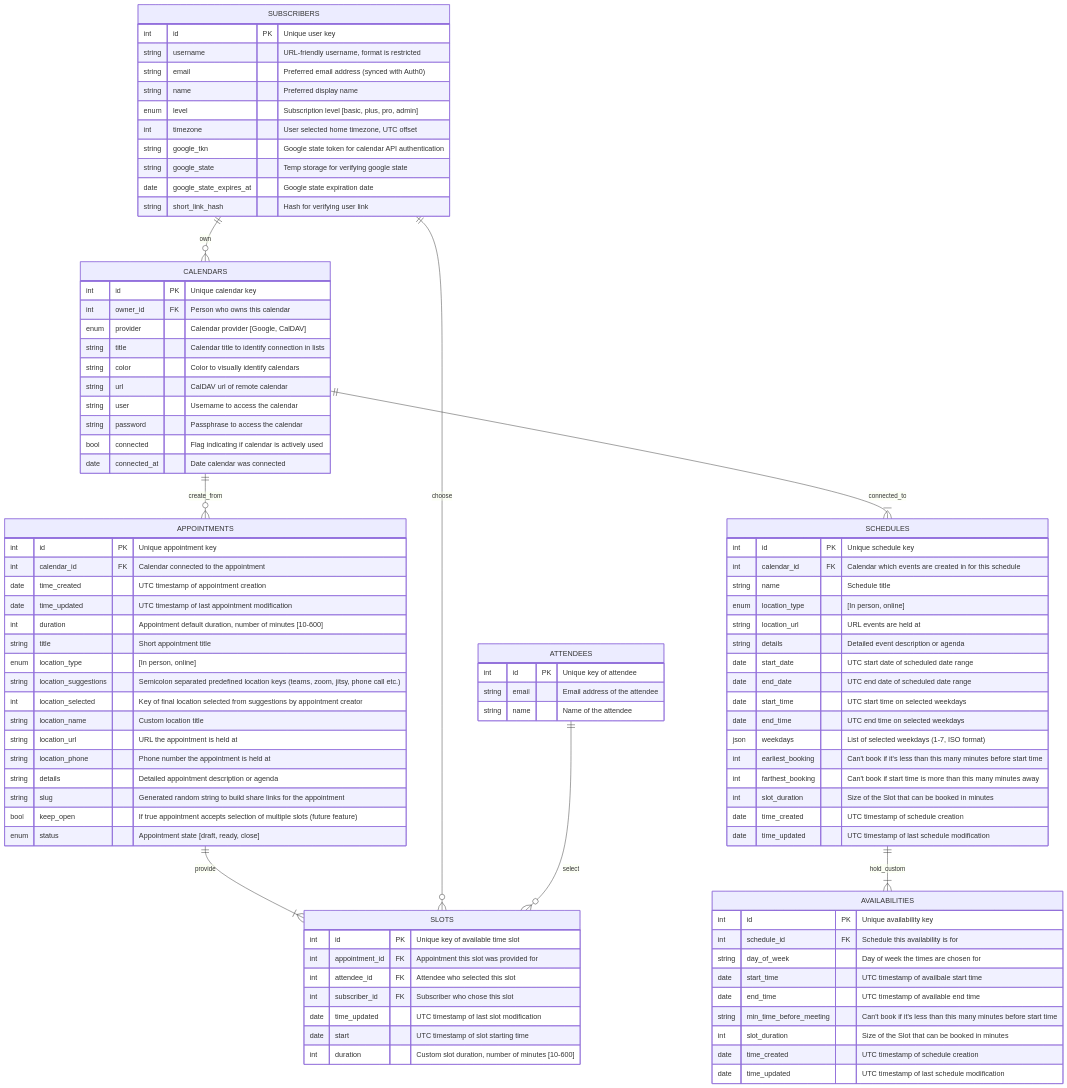
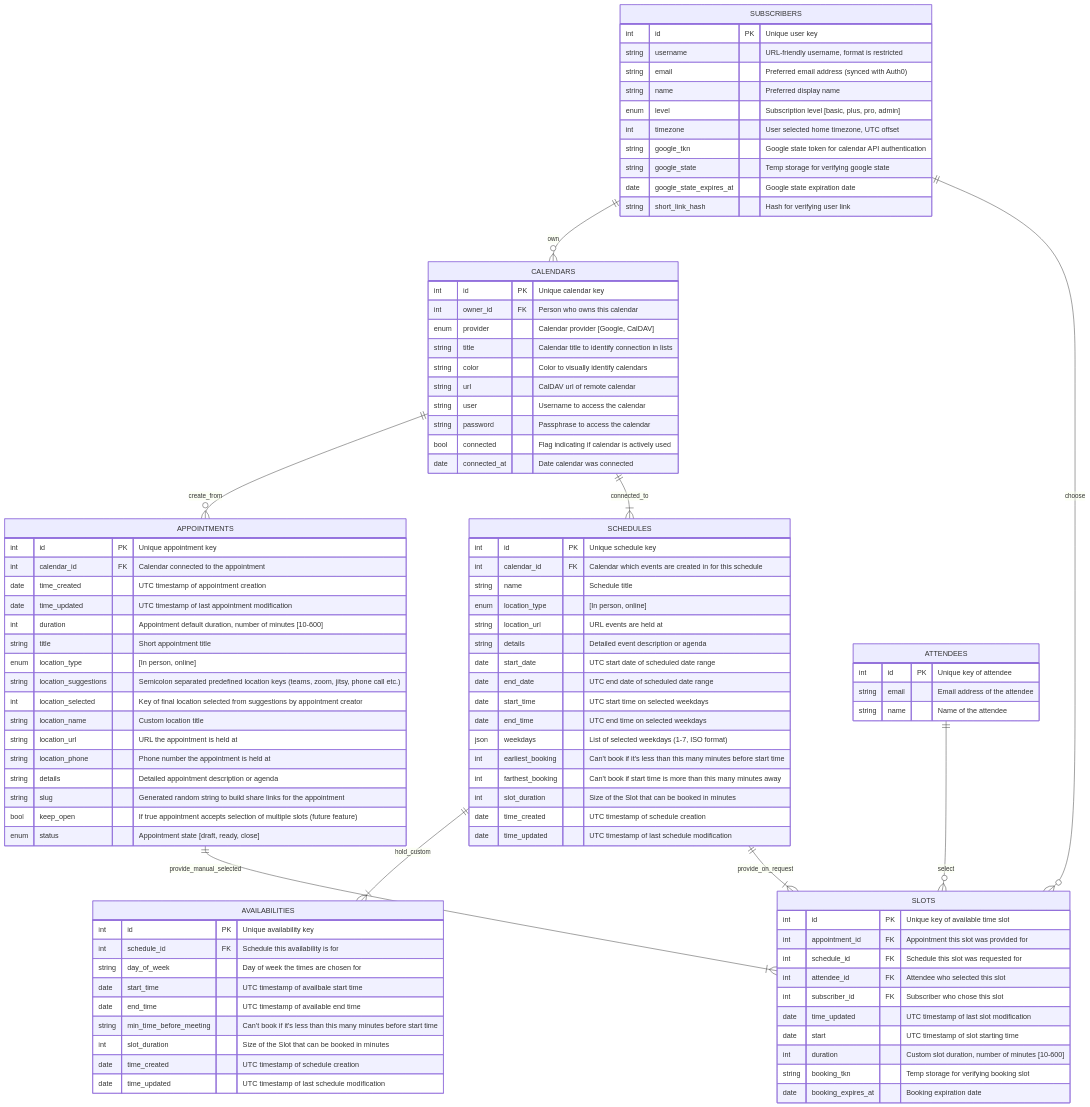
Before and after one commit to thunderbird/appointment: the second of 2 diagrams in docs/README.md, drawn with Mermaid.

Commit message:
📜 update er documentation

```diff
--- a/docs/README.md
+++ b/docs/README.md
@@ -115,6 +115,7 @@
     date time_updated "UTC timestamp of last schedule modification"
   }
   SCHEDULES ||--|{ AVAILABILITIES : hold_custom
+  SCHEDULES ||--|{ SLOTS : provide_on_request
   AVAILABILITIES {
     int id PK "Unique availability key"
     int schedule_id FK "Schedule this availability is for"
@@ -126,15 +127,18 @@
     date time_created "UTC timestamp of schedule creation"
     date time_updated "UTC timestamp of last schedule modification"
   }
-  APPOINTMENTS ||--|{ SLOTS : provide
+  APPOINTMENTS ||--|{ SLOTS : provide_manual_selected
   SLOTS {
     int id PK "Unique key of available time slot"
     int appointment_id FK "Appointment this slot was provided for"
+    int schedule_id FK "Schedule this slot was requested for"
     int attendee_id FK "Attendee who selected this slot"
     int subscriber_id FK "Subscriber who chose this slot"
     date time_updated "UTC timestamp of last slot modification"
     date start "UTC timestamp of slot starting time"
     int duration "Custom slot duration, number of minutes [10-600]"
+    string booking_tkn "Temp storage for verifying booking slot"
+    date booking_expires_at "Booking expiration date"
   }
   SUBSCRIBERS ||--o{ SLOTS : choose
   ATTENDEES ||--o{ SLOTS : select
```
